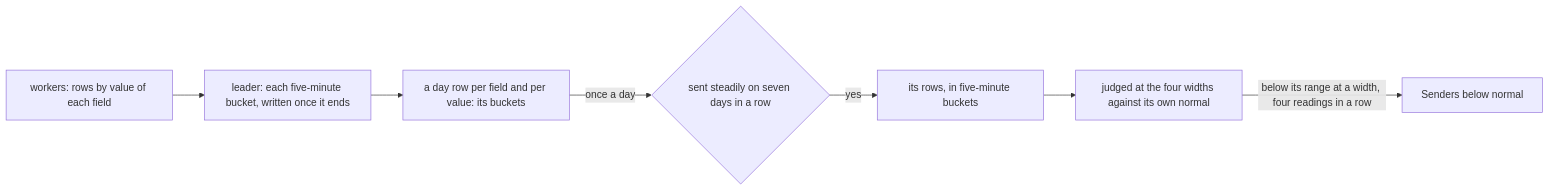
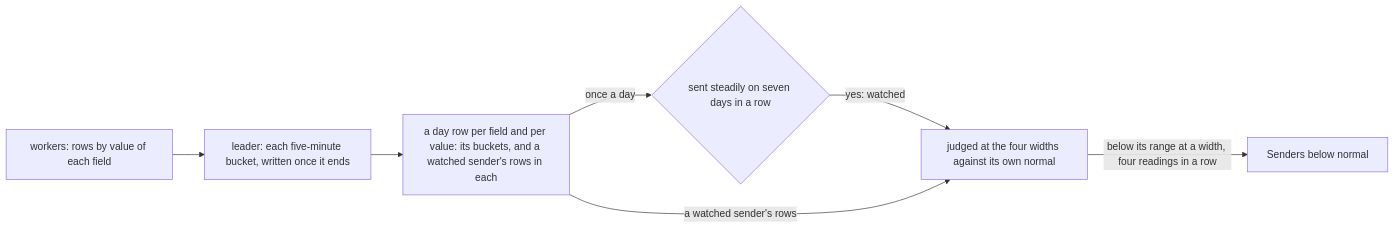
Before and after one commit to smeltr-sh/smeltr: the third of 5 diagrams in docs/architecture/control-plane.md, drawn with Mermaid. The commit also changed other lines of this file and 4 other files, not shown here.

First line of the commit message:
Keep a watched sender's rows in its day row

````diff
--- a/docs/architecture/control-plane.md
+++ b/docs/architecture/control-plane.md
@@ -382,9 +384,9 @@
 ```mermaid
 flowchart LR
   W[workers: rows by value of each field] --> B[leader: each five-minute bucket, written once it ends]
-  B --> D[a day row per field and per value: its buckets]
+  B --> D[a day row per field and per value: its buckets, and a watched sender's rows in each]
   D -- once a day --> P{sent steadily on seven days in a row}
-  P -- yes --> R[its rows, in five-minute buckets]
-  R --> J[judged at the four widths against its own normal]
+  P -- yes: watched --> J[judged at the four widths against its own normal]
+  D -- a watched sender's rows --> J
   J -- below its range at a width, four readings in a row --> X[Senders below normal]
 ```
````
